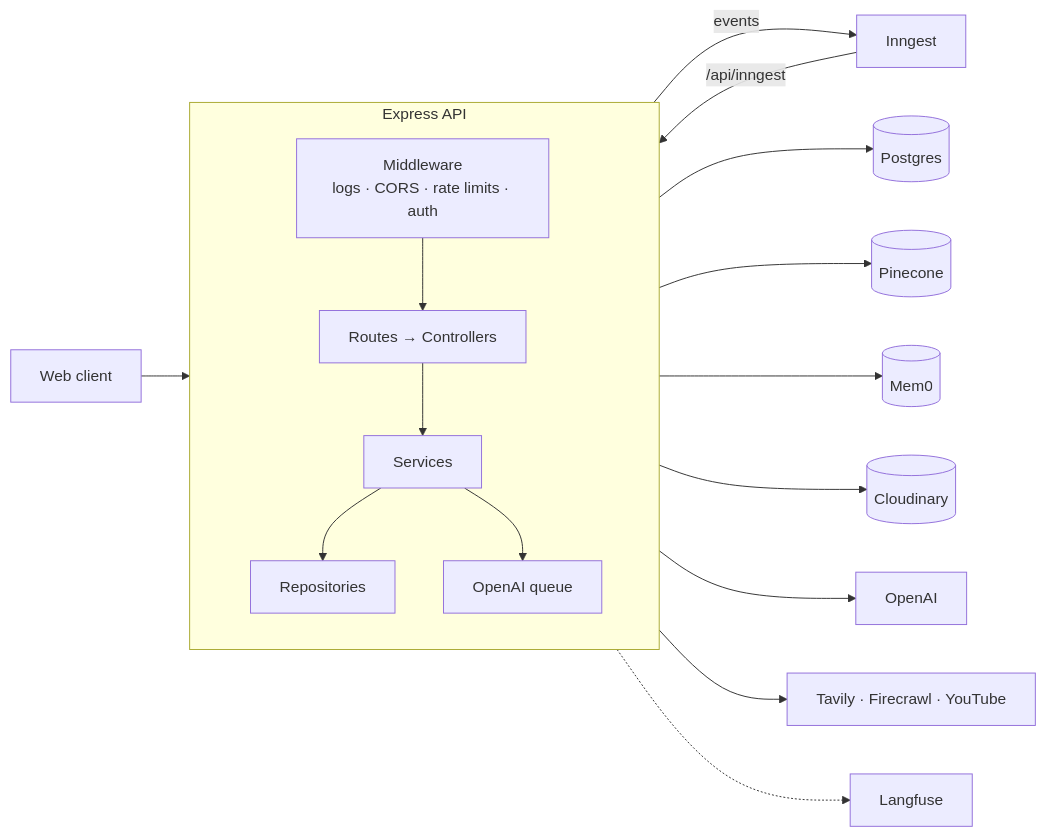
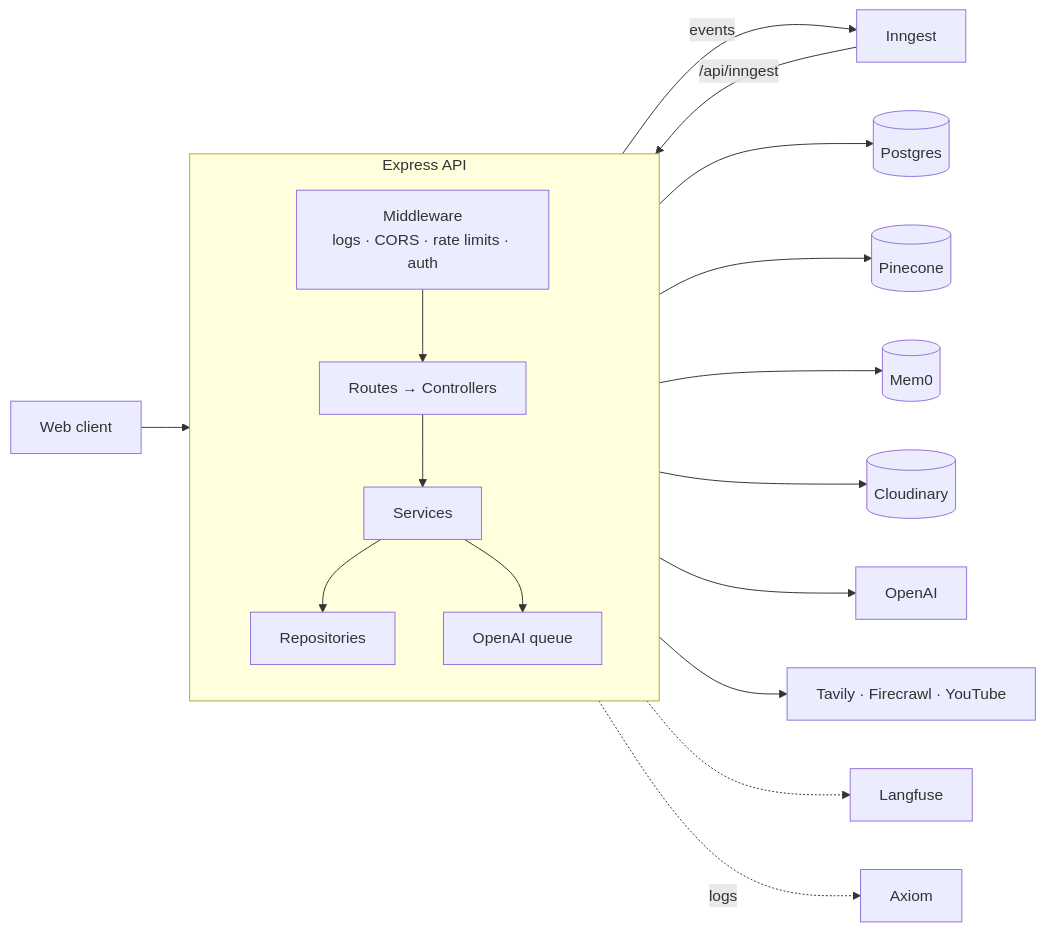
The second of 2 diagrams in README.md (mohammedsaif001/grounded-brain-notebook-llm), drawn with Mermaid before and after one commit. The commit also changed other lines of this file and 8 other files, not shown here.

Commit message:
Ship logs to Axiom when configured

````diff
--- a/README.md
+++ b/README.md
@@ -116,20 +116,21 @@
 ```mermaid
 flowchart LR
     Client["Web client"] --> MW
 
     subgraph API["Express API"]
         direction TB
         MW["Middleware<br/>logs · CORS · rate limits · auth"] --> R["Routes → Controllers"] --> S["Services"] --> RP["Repositories"]
         S --> Q["OpenAI queue"]
     end
 
     S -- "events" --> IN["Inngest"]
     IN -- "/api/inngest" --> S
     RP --> PG[("Postgres")]
     RP --> PC[("Pinecone")]
     RP --> M0[("Mem0")]
     S --> CL[("Cloudinary")]
     Q --> OAI["OpenAI"]
     S --> EXT["Tavily · Firecrawl · YouTube"]
     S -.-> LF["Langfuse"]
+    MW -. logs .-> AX["Axiom"]
 ```
````
